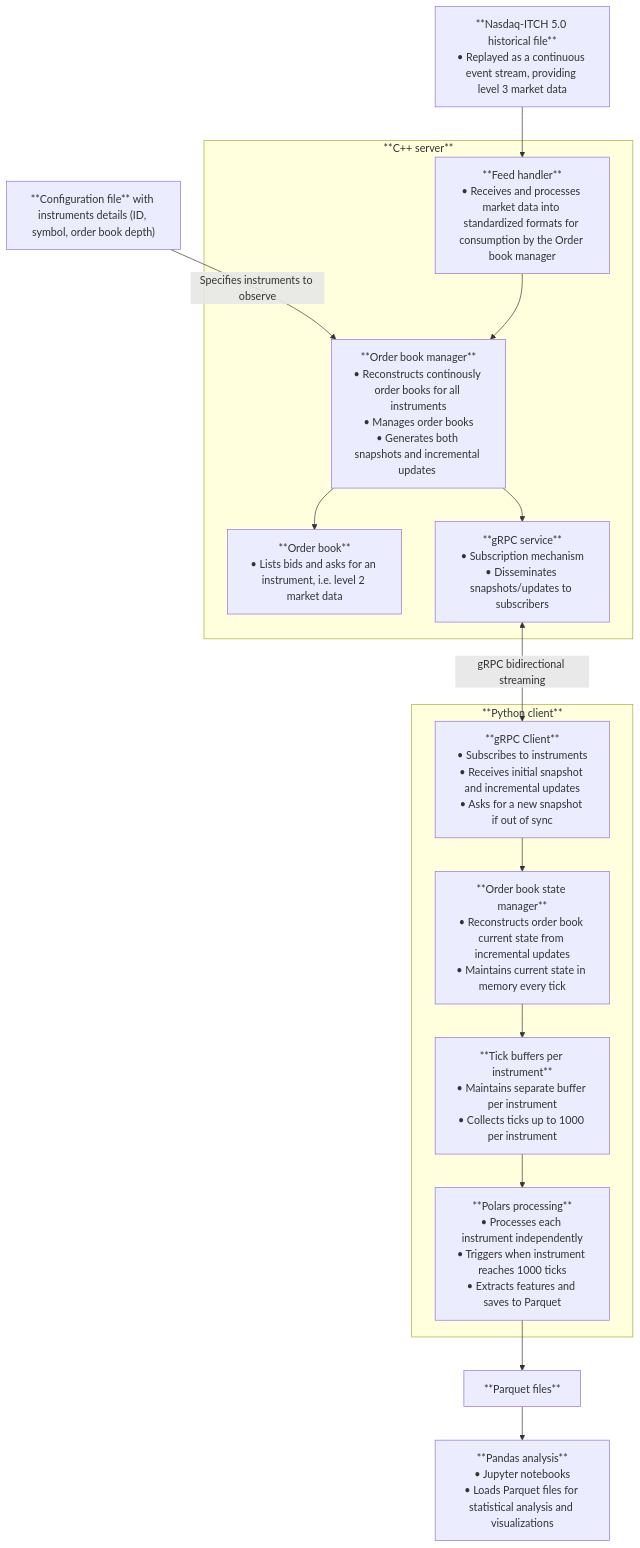
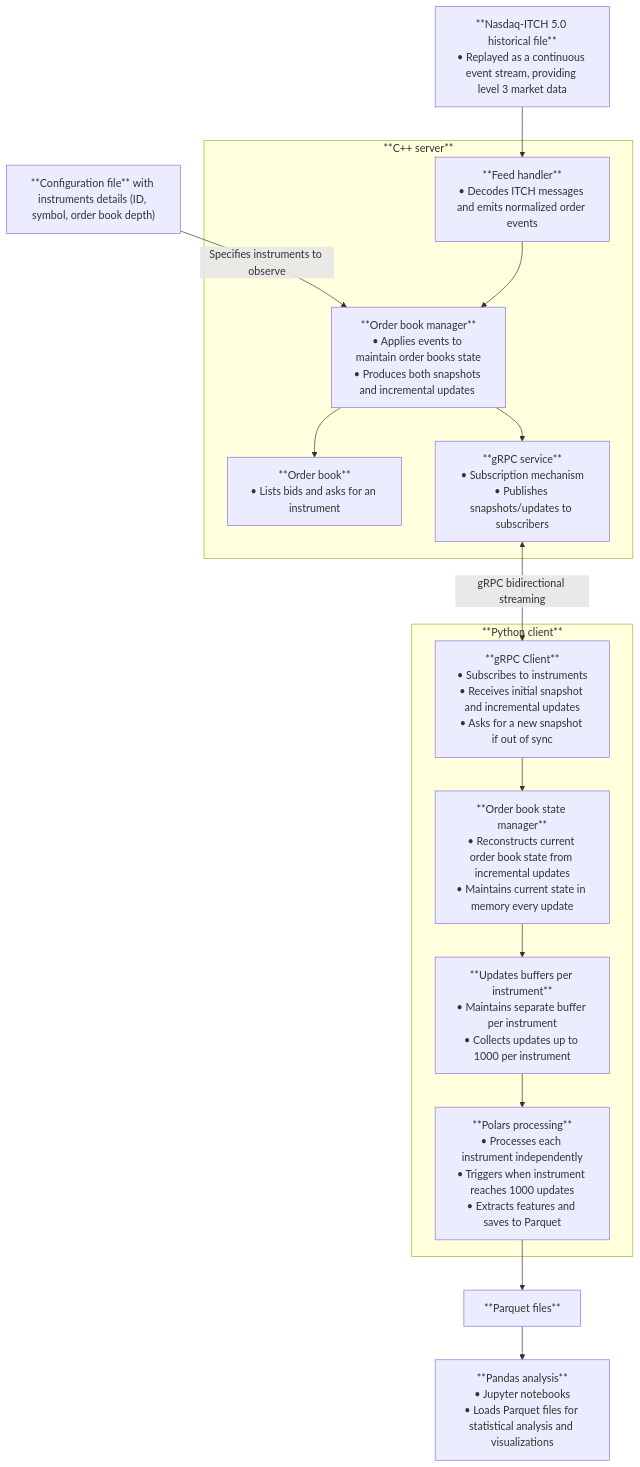
The first of 2 diagrams in README.md (sephorah/market-data-pipeline), drawn with Mermaid before and after one commit. The commit also changed other lines of this file and 1 other file, not shown here.

````diff
--- a/README.md
+++ b/README.md
@@ -7,45 +7,45 @@
 ```mermaid
 flowchart TD
 
     config_file["**Configuration file** with instruments details (ID, symbol, order book depth)"]
     
     nasdaq_itch_file[**Nasdaq-ITCH 5.0 historical file**<br/>• Replayed as a continuous event stream, providing level 3 market data]
 
     subgraph cpp_server[**C++ server**]
 
-        feed_handler["**Feed handler**<br/>• Receives and processes market data into standardized formats for consumption by the Order book manager"]
+        feed_handler["**Feed handler**<br/>• Decodes ITCH messages and emits normalized order events"]
 
-        order_book_manager[**Order book manager**<br/>• Reconstructs continously order books for all instruments<br/>• Manages order books<br/>• Generates both snapshots and incremental updates <br/>]
+        order_book_manager[**Order book manager**<br/>• Applies events to maintain order books state<br/>• Produces both snapshots and incremental updates <br/>]
         
-        order_book[**Order book**<br/>• Lists bids and asks for an instrument, i.e. level 2 market data]
+        order_book[**Order book**<br/>• Lists bids and asks for an instrument]
 
-        grpc_service[**gRPC service**<br/>• Subscription mechanism<br/>• Disseminates snapshots/updates to subscribers]
+        grpc_service[**gRPC service**<br/>• Subscription mechanism<br/>• Publishes snapshots/updates to subscribers]
     end
 
     subgraph python_client[**Python client**]
         grpc_client[**gRPC Client**<br/>• Subscribes to instruments<br/>• Receives initial snapshot and incremental updates<br/>• Asks for a new snapshot if out of sync]
 
-        order_book_state_manager[**Order book state manager**<br/>• Reconstructs order book current state from incremental updates<br/>• Maintains current state in memory every tick]
+        order_book_state_manager[**Order book state manager**<br/>• Reconstructs current order book state from incremental updates<br/>• Maintains current state in memory every update]
 
-        tick_buffers[**Tick buffers per instrument**<br/>• Maintains separate buffer per instrument<br/>• Collects ticks up to 1000 per instrument]
+        update_buffers[**Updates buffers per instrument**<br/>• Maintains separate buffer per instrument<br/>• Collects updates up to 1000 per instrument]
 
-        polars_processing[**Polars processing**<br/>• Processes each instrument independently<br/>• Triggers when instrument reaches 1000 ticks<br/>• Extracts features and saves to Parquet]
+        polars_processing[**Polars processing**<br/>• Processes each instrument independently<br/>• Triggers when instrument reaches 1000 updates<br/>• Extracts features and saves to Parquet]
     end
 
     parquet_files[**Parquet files**]
     
     pandas_analysis[**Pandas analysis**<br/>• Jupyter notebooks<br/>• Loads Parquet files for statistical analysis and visualizations]
 
 
     config_file -->|Specifies instruments to observe| order_book_manager
     grpc_service <-->|gRPC bidirectional streaming| grpc_client
     order_book_manager --> order_book
     order_book_manager --> grpc_service
     nasdaq_itch_file --> feed_handler
     feed_handler --> order_book_manager
     grpc_client --> order_book_state_manager
-    order_book_state_manager --> tick_buffers
-    tick_buffers --> polars_processing
+    order_book_state_manager --> update_buffers
+    update_buffers --> polars_processing
     polars_processing --> parquet_files
     parquet_files --> pandas_analysis
 ```
````
